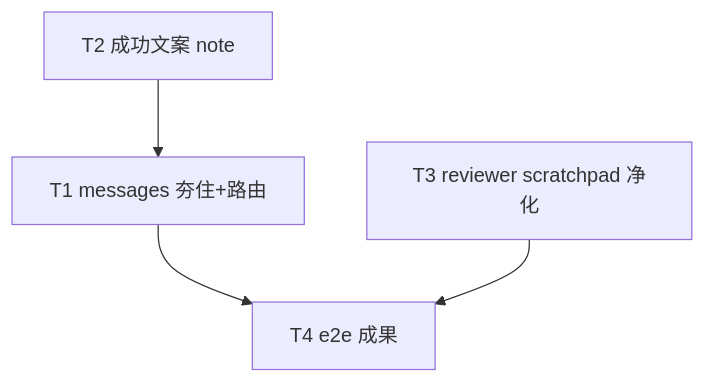
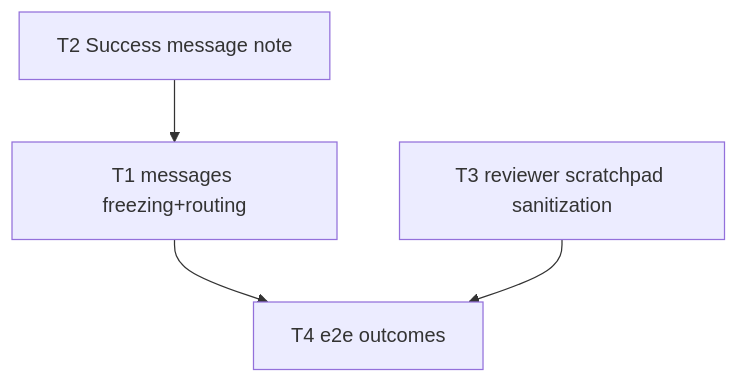
The diagram in docs/specs/0041-hold-merge-freeze.md (Curry09/OpenAgents), drawn with Mermaid before and after one commit. The commit also changed other lines of this file and 461 other files, not shown here.

````diff
--- a/docs/specs/0041-hold-merge-freeze.md
+++ b/docs/specs/0041-hold-merge-freeze.md
@@ -181,6 +181,6 @@
 ```mermaid
 graph TD
-  T2[T2 成功文案 note] --> T1[T1 messages 夯住+路由]
-  T1 --> T4[T4 e2e 成果]
-  T3[T3 reviewer scratchpad 净化] --> T4
+  T2[T2 Success message note] --> T1[T1 messages freezing+routing]
+  T1 --> T4[T4 e2e outcomes]
+  T3[T3 reviewer scratchpad sanitization] --> T4
 ```
````
